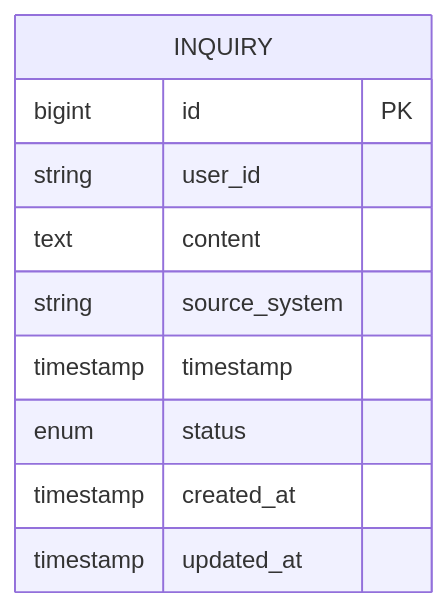
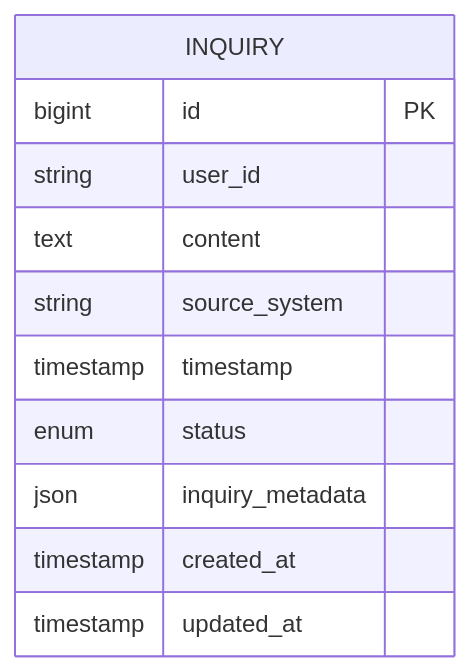
The fourth of 4 diagrams in .kiro/specs/inquiry/design.md (ohr486/ghost-squad), drawn with Mermaid before and after one commit. The commit also changed other lines of this file and 4 other files, not shown here.

````diff
--- a/.kiro/specs/inquiry/design.md
+++ b/.kiro/specs/inquiry/design.md
@@ -196,13 +206,14 @@
 ```mermaid
 erDiagram
     INQUIRY {
         bigint id PK
         string user_id
         text content
         string source_system
         timestamp timestamp
         enum status
+        json inquiry_metadata
         timestamp created_at
         timestamp updated_at
     }
 ```
````
